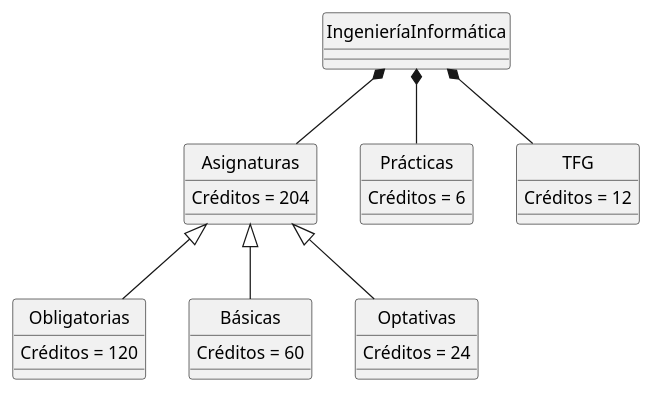
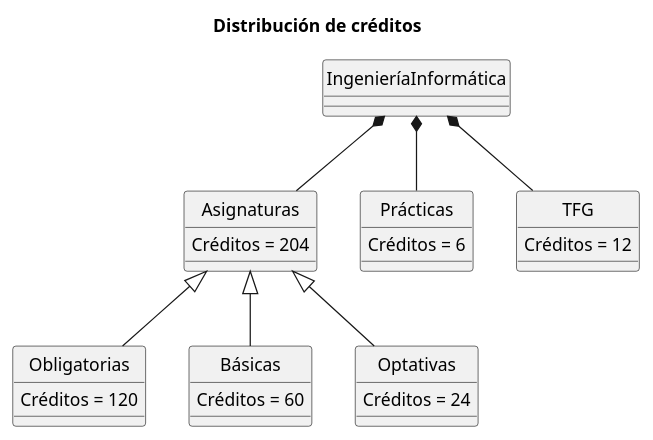
The diagram in modelosUML/distribucionCreditos.puml (Universidad-del-Atlantico-Sur/Ingenier-a-Informatica), drawn with PlantUML before and after one commit. The commit also changed 7 other files, not shown here.

```diff
--- a/modelosUML/distribucionCreditos.puml
+++ b/modelosUML/distribucionCreditos.puml
@@ -1,41 +1,43 @@
 ' La distribución de créditos en la carrera de Ingeniería Informática por la Universidad
 ' del Atlántico Sur se presenta en la siguiente tabla. La malla curricular presente en el
 ' apartado 7 explicita las asignaturas que componen cada conjunto de cursos.
 ' Créditos de asignaturas obligatorias 120
 ' Créditos de formación básica 60
 ' Créditos de asignaturas optativas 24
 ' Créditos de la práctica 6
 ' Créditos trabajo final de grado 12
 ' Créditos totales 222
 hide circle
+
+title Distribución de créditos
 
 class Asignaturas {
     Créditos = 204
 }
 
 class Obligatorias {
     Créditos = 120
 }
 
 class Básicas {
     Créditos = 60
 }
 
 class Optativas {
     Créditos = 24
 }
 
 class Prácticas {
     Créditos = 6
 }
 
 class TFG {
     Créditos = 12
 }
 
 IngenieríaInformática *-- Asignaturas
 Asignaturas <|-d- Obligatorias
 Asignaturas <|-d- Básicas
 Asignaturas <|-d- Optativas
 IngenieríaInformática *-- Prácticas
 IngenieríaInformática *-- TFG
```
